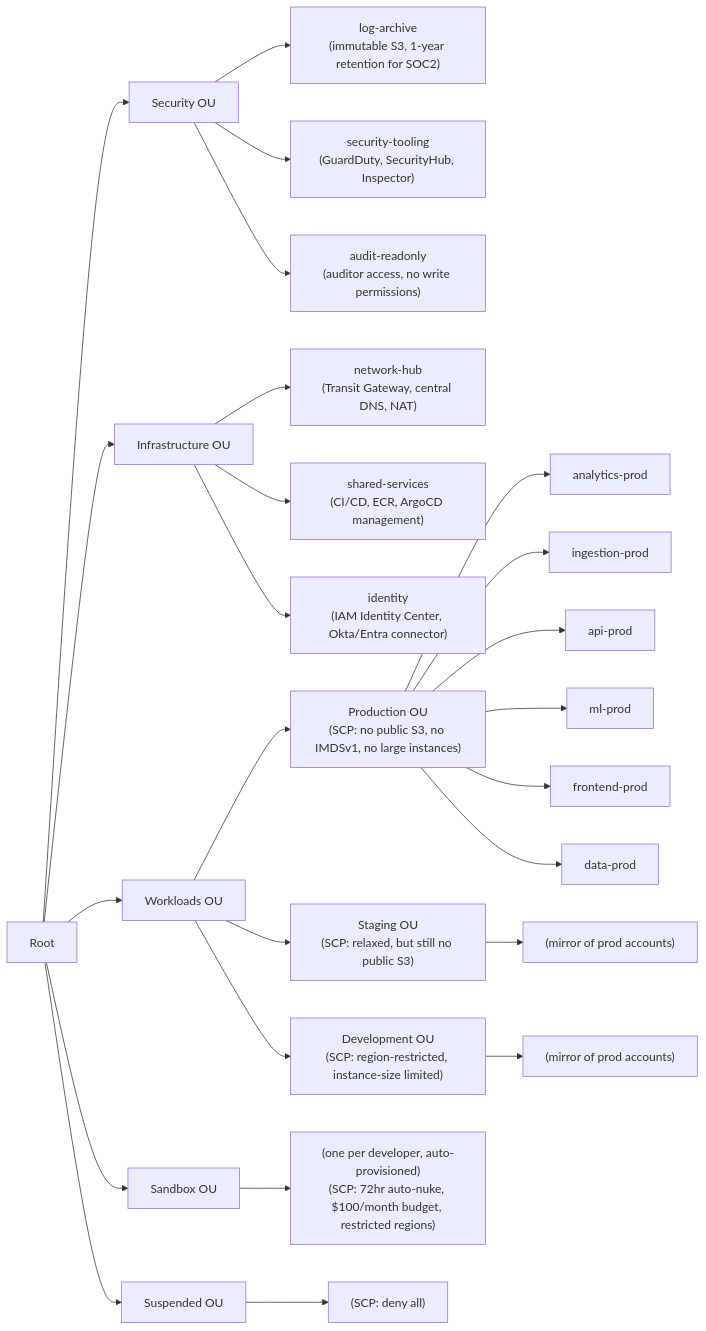
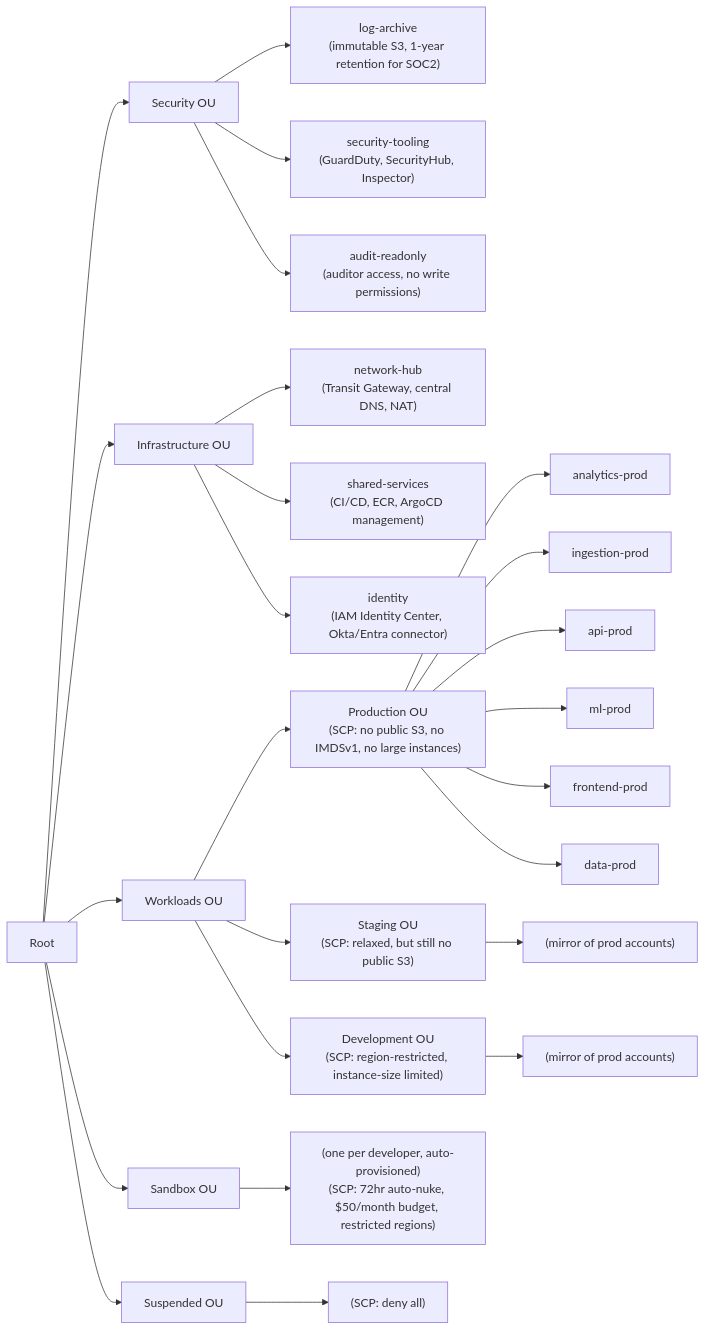
Before and after one commit to kube-dojo/kube-dojo: the seventh of 7 diagrams in src/content/docs/cloud/advanced-operations/module-8.1-multi-account.md, drawn with Mermaid. The commit also changed other lines of this file, not shown here.

````diff
--- a/src/content/docs/cloud/advanced-operations/module-8.1-multi-account.md
+++ b/src/content/docs/cloud/advanced-operations/module-8.1-multi-account.md
@@ -789,34 +1068,34 @@
 ```mermaid
 flowchart LR
     Root[Root] --> Sec[Security OU]
     Root --> Infra[Infrastructure OU]
     Root --> WL[Workloads OU]
     Root --> SB[Sandbox OU]
     Root --> Susp[Suspended OU]
 
     Sec --> Sec1["log-archive<br/>(immutable S3, 1-year retention for SOC2)"]
     Sec --> Sec2["security-tooling<br/>(GuardDuty, SecurityHub, Inspector)"]
     Sec --> Sec3["audit-readonly<br/>(auditor access, no write permissions)"]
 
     Infra --> Inf1["network-hub<br/>(Transit Gateway, central DNS, NAT)"]
     Infra --> Inf2["shared-services<br/>(CI/CD, ECR, ArgoCD management)"]
     Infra --> Inf3["identity<br/>(IAM Identity Center, Okta/Entra connector)"]
 
     WL --> Prod["Production OU<br/>(SCP: no public S3, no IMDSv1, no large instances)"]
     WL --> Stg["Staging OU<br/>(SCP: relaxed, but still no public S3)"]
     WL --> Dev["Development OU<br/>(SCP: region-restricted, instance-size limited)"]
 
     Prod --> P1[analytics-prod]
     Prod --> P2[ingestion-prod]
     Prod --> P3[api-prod]
     Prod --> P4[ml-prod]
     Prod --> P5[frontend-prod]
     Prod --> P6[data-prod]
 
     Stg --> S1["(mirror of prod accounts)"]
     Dev --> D1["(mirror of prod accounts)"]
 
-    SB --> SB1["(one per developer, auto-provisioned)<br/>(SCP: 72hr auto-nuke, $100/month budget, restricted regions)"]
+    SB --> SB1["(one per developer, auto-provisioned)<br/>(SCP: 72hr auto-nuke, $50/month budget, restricted regions)"]
 
     Susp --> Susp1["(SCP: deny all)"]
 ```
````
